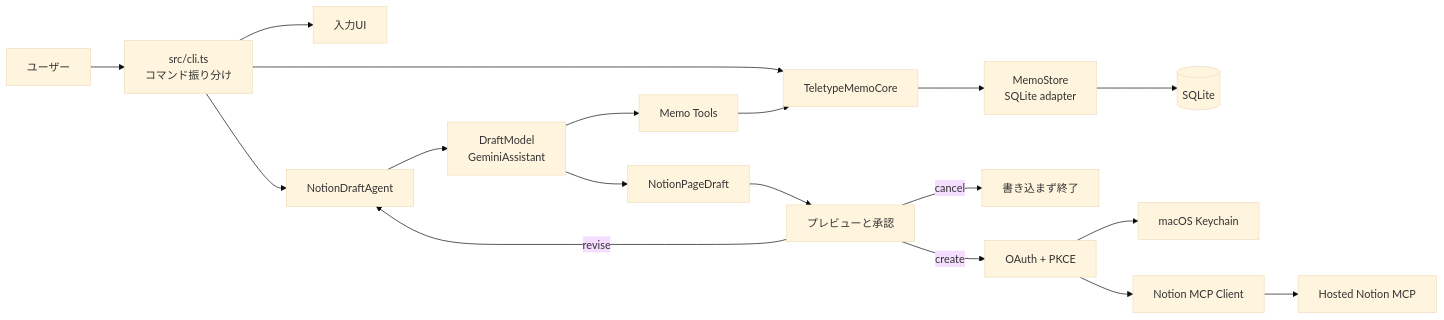
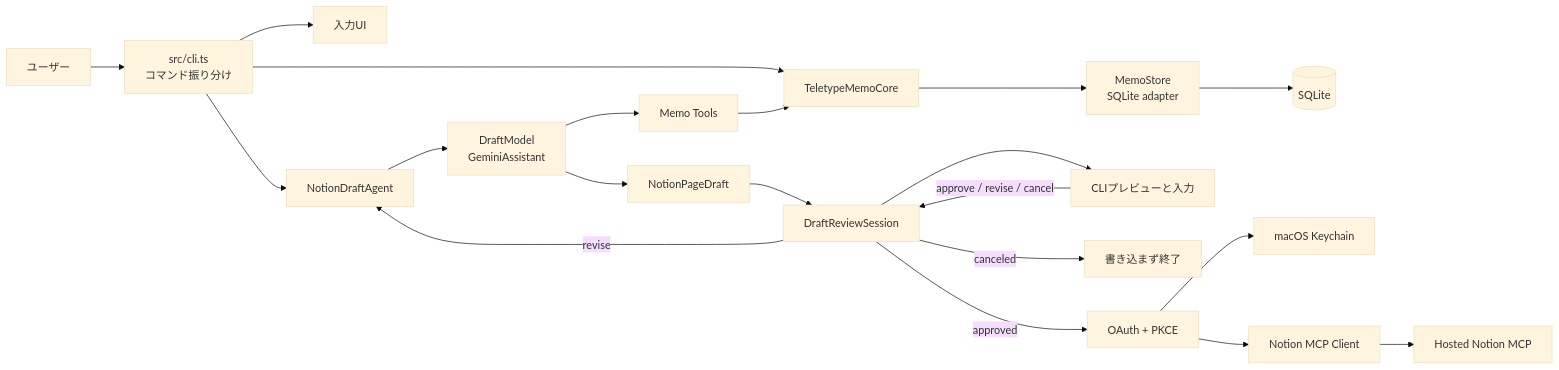
Before and after one commit to hk206/terminal-ai-memo: the first of 4 diagrams in docs/DETAILED_DESIGN.md, drawn with Mermaid (base theme). The commit also changed other lines of this file and 7 other files, not shown here.

Commit message:
refactor: extract draft review state

````diff
--- a/docs/DETAILED_DESIGN.md
+++ b/docs/DETAILED_DESIGN.md
@@ -31,21 +31,23 @@
 ```mermaid
 flowchart LR
     User["ユーザー"] --> CLI["src/cli.ts\nコマンド振り分け"]
     CLI --> Input["入力UI"]
     CLI --> Core["TeletypeMemoCore"]
     Core --> Store["MemoStore\nSQLite adapter"]
     Store --> SQLite[("SQLite")]
 
     CLI --> Agent["NotionDraftAgent"]
     Agent --> Gemini["DraftModel\nGeminiAssistant"]
     Gemini --> Tools["Memo Tools"]
     Tools --> Core
     Gemini --> Draft["NotionPageDraft"]
-    Draft --> Review["プレビューと承認"]
-    Review -->|revise| Agent
-    Review -->|cancel| Stop["書き込まず終了"]
-    Review -->|create| OAuth["OAuth + PKCE"]
+    Draft --> Session["DraftReviewSession"]
+    Session --> Review["CLIプレビューと入力"]
+    Review -->|approve / revise / cancel| Session
+    Session -->|revise| Agent
+    Session -->|canceled| Stop["書き込まず終了"]
+    Session -->|approved| OAuth["OAuth + PKCE"]
     OAuth --> Keychain["macOS Keychain"]
     OAuth --> MCP["Notion MCP Client"]
     MCP --> Notion["Hosted Notion MCP"]
 ```
````
